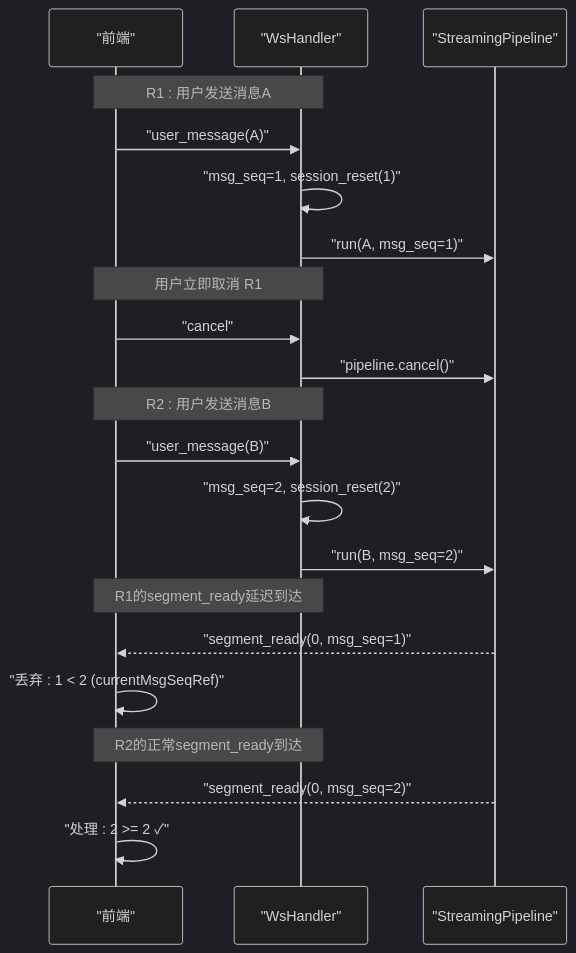
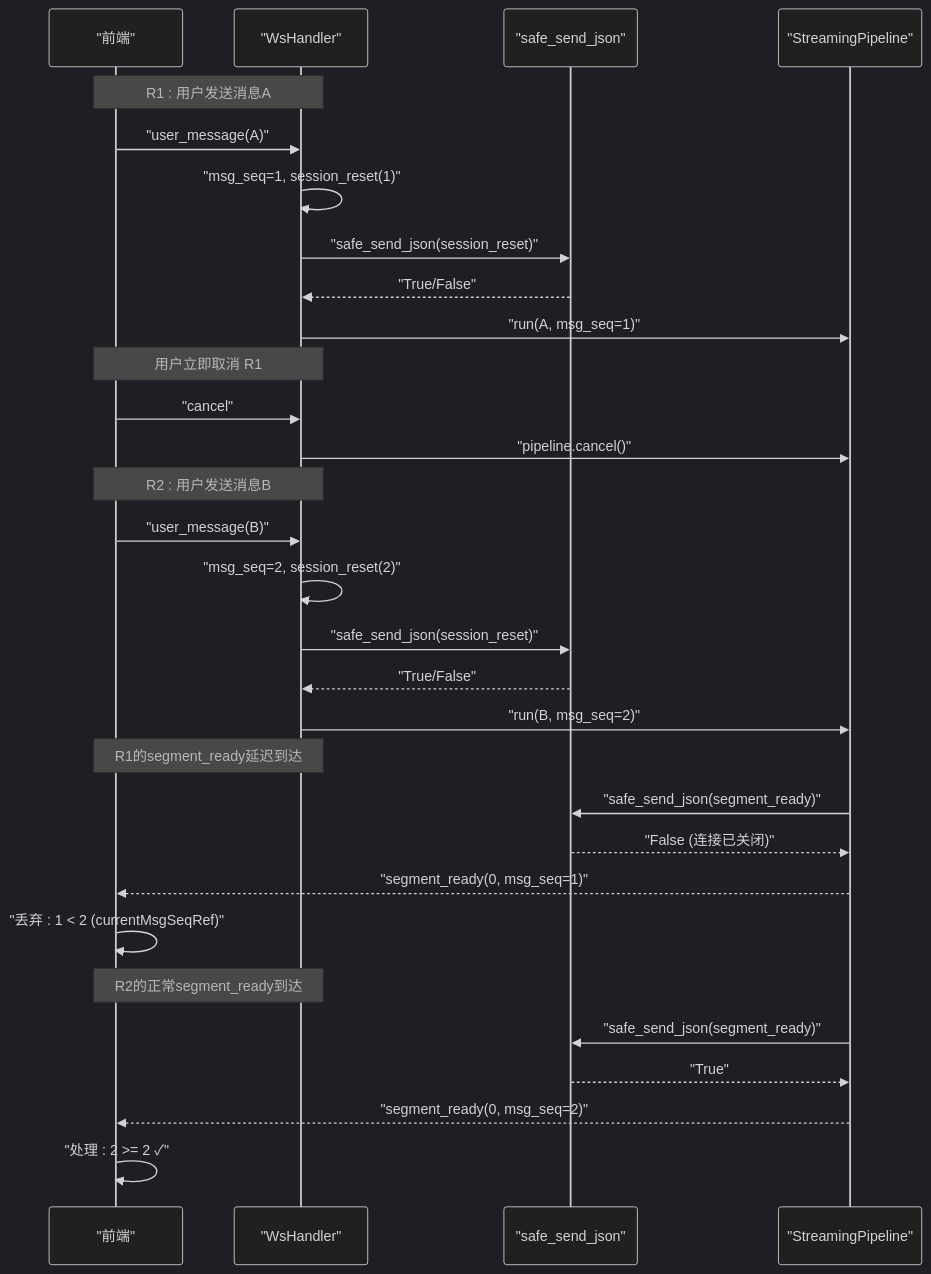
Before and after one commit to leo21cn/real-time-talk: the fifth of 7 diagrams in .qoder/repowiki/zh/content/后端服务/WebSocket 通信协议.md, drawn with Mermaid (dark theme). The commit also changed other lines of this file and 3 other files, not shown here.

````diff
--- a/.qoder/repowiki/zh/content/后端服务/WebSocket 通信协议.md
+++ b/.qoder/repowiki/zh/content/后端服务/WebSocket 通信协议.md
@@ -359,23 +396,32 @@
 ```mermaid
 sequenceDiagram
 participant FE as "前端"
 participant H as "WsHandler"
+participant S as "safe_send_json"
 participant P as "StreamingPipeline"
 Note over FE,H : R1 : 用户发送消息A
 FE->>H : "user_message(A)"
 H->>H : "msg_seq=1, session_reset(1)"
+H->>S : "safe_send_json(session_reset)"
+S-->>H : "True/False"
 H->>P : "run(A, msg_seq=1)"
 Note over FE,H : 用户立即取消 R1
 FE->>H : "cancel"
 H->>P : "pipeline.cancel()"
 Note over FE,H : R2 : 用户发送消息B
 FE->>H : "user_message(B)"
 H->>H : "msg_seq=2, session_reset(2)"
+H->>S : "safe_send_json(session_reset)"
+S-->>H : "True/False"
 H->>P : "run(B, msg_seq=2)"
 Note over FE,H : R1的segment_ready延迟到达
+P->>S : "safe_send_json(segment_ready)"
+S-->>P : "False (连接已关闭)"
 P-->>FE : "segment_ready(0, msg_seq=1)"
 FE->>FE : "丢弃 : 1 < 2 (currentMsgSeqRef)"
 Note over FE,H : R2的正常segment_ready到达
+P->>S : "safe_send_json(segment_ready)"
+S-->>P : "True"
 P-->>FE : "segment_ready(0, msg_seq=2)"
 FE->>FE : "处理 : 2 >= 2 ✓"
 ```
````
